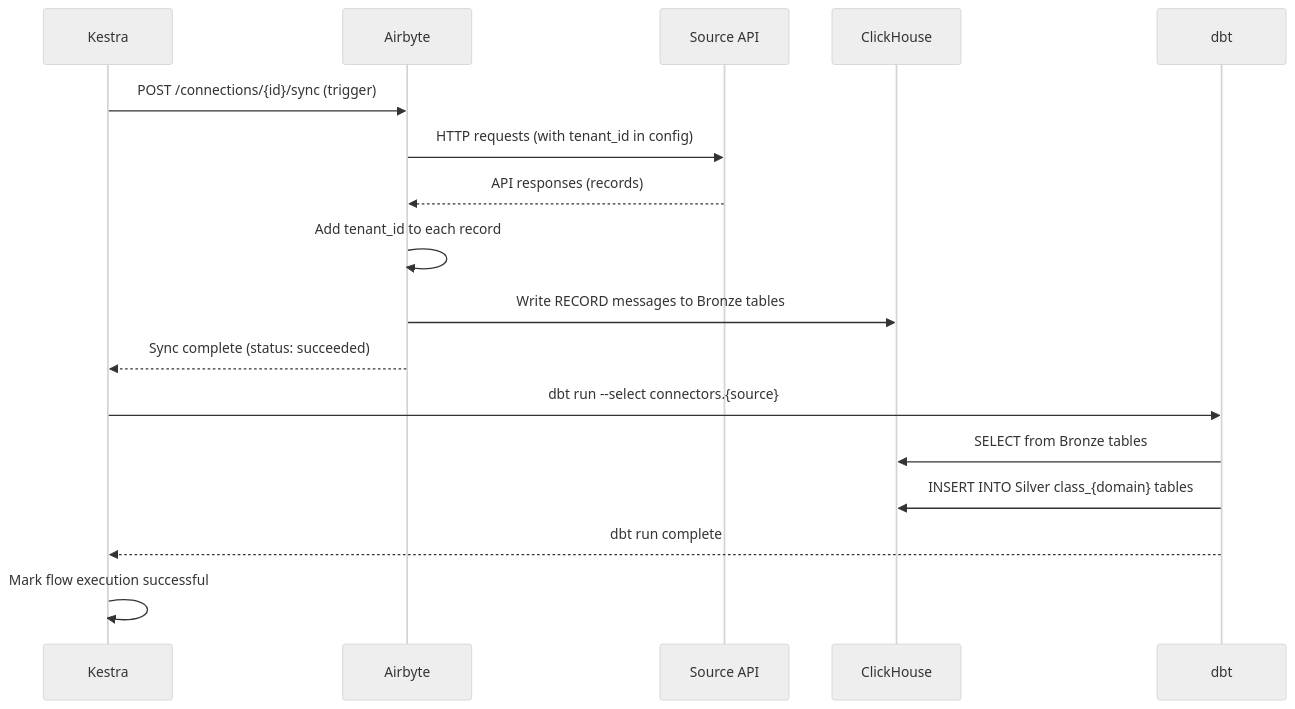
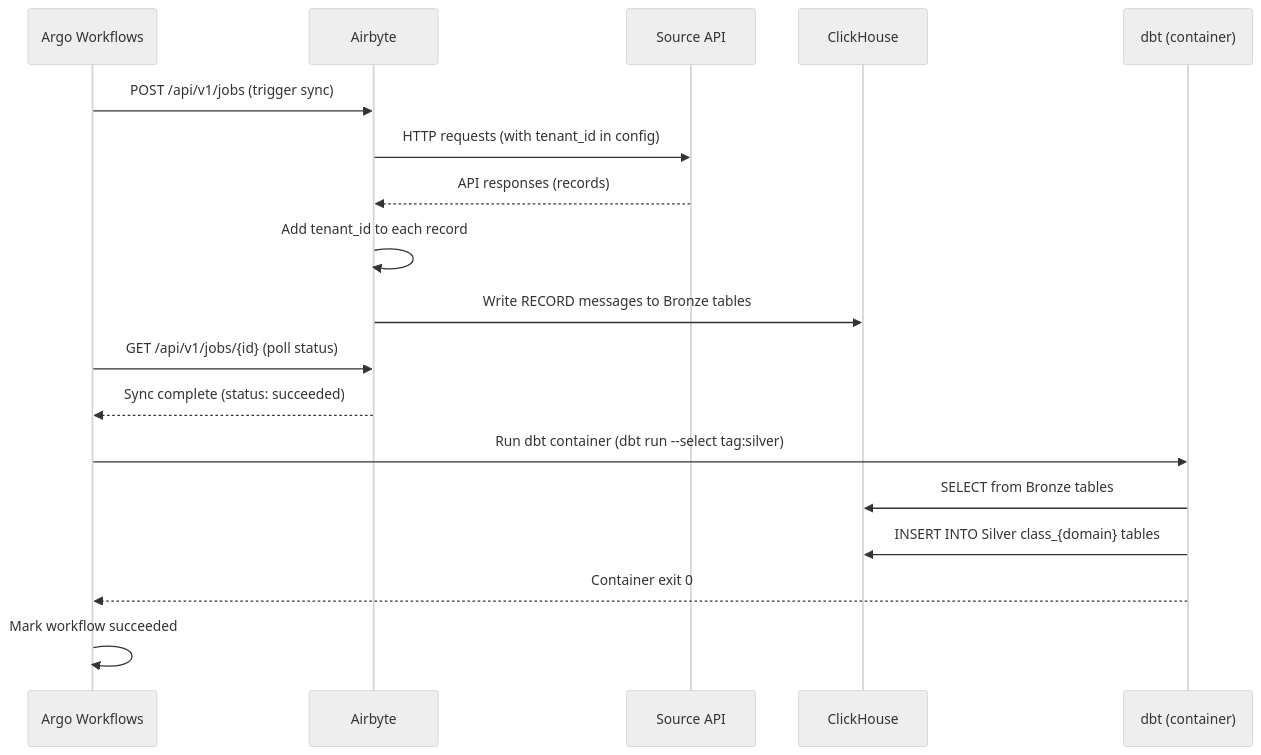
Before and after one commit to cyberfabric/insight-spec: the second of 3 diagrams in docs/domain/ingestion/specs/DESIGN.md, drawn with Mermaid (neutral theme). The commit also changed other lines of this file and 43 other files, not shown here.

First line of the commit message:
feat(ingestion): migrate to Kind K8s + Argo Workflows, full pipeline

````diff
--- a/docs/domain/ingestion/specs/DESIGN.md
+++ b/docs/domain/ingestion/specs/DESIGN.md
@@ -525,20 +538,21 @@
 ```mermaid
 sequenceDiagram
-    participant K as Kestra
+    participant Argo as Argo Workflows
     participant A as Airbyte
     participant S as Source API
     participant CH as ClickHouse
-    participant D as dbt
+    participant D as dbt (container)
 
-    K->>A: POST /connections/{id}/sync (trigger)
+    Argo->>A: POST /api/v1/jobs (trigger sync)
     A->>S: HTTP requests (with tenant_id in config)
     S-->>A: API responses (records)
     A->>A: Add tenant_id to each record
     A->>CH: Write RECORD messages to Bronze tables
-    A-->>K: Sync complete (status: succeeded)
-    K->>D: dbt run --select connectors.{source}
+    Argo->>A: GET /api/v1/jobs/{id} (poll status)
+    A-->>Argo: Sync complete (status: succeeded)
+    Argo->>D: Run dbt container (dbt run --select tag:silver)
     D->>CH: SELECT from Bronze tables
     D->>CH: INSERT INTO Silver class_{domain} tables
-    D-->>K: dbt run complete
-    K->>K: Mark flow execution successful
+    D-->>Argo: Container exit 0
+    Argo->>Argo: Mark workflow succeeded
 ```
````
